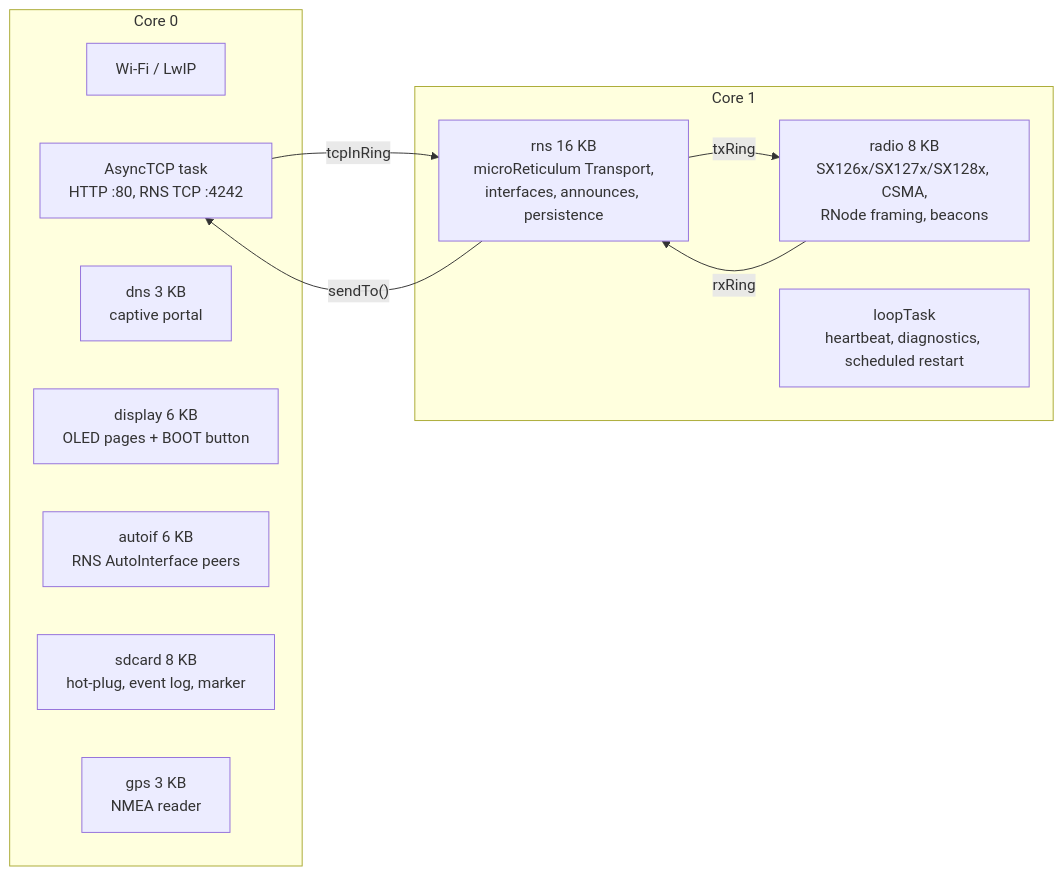
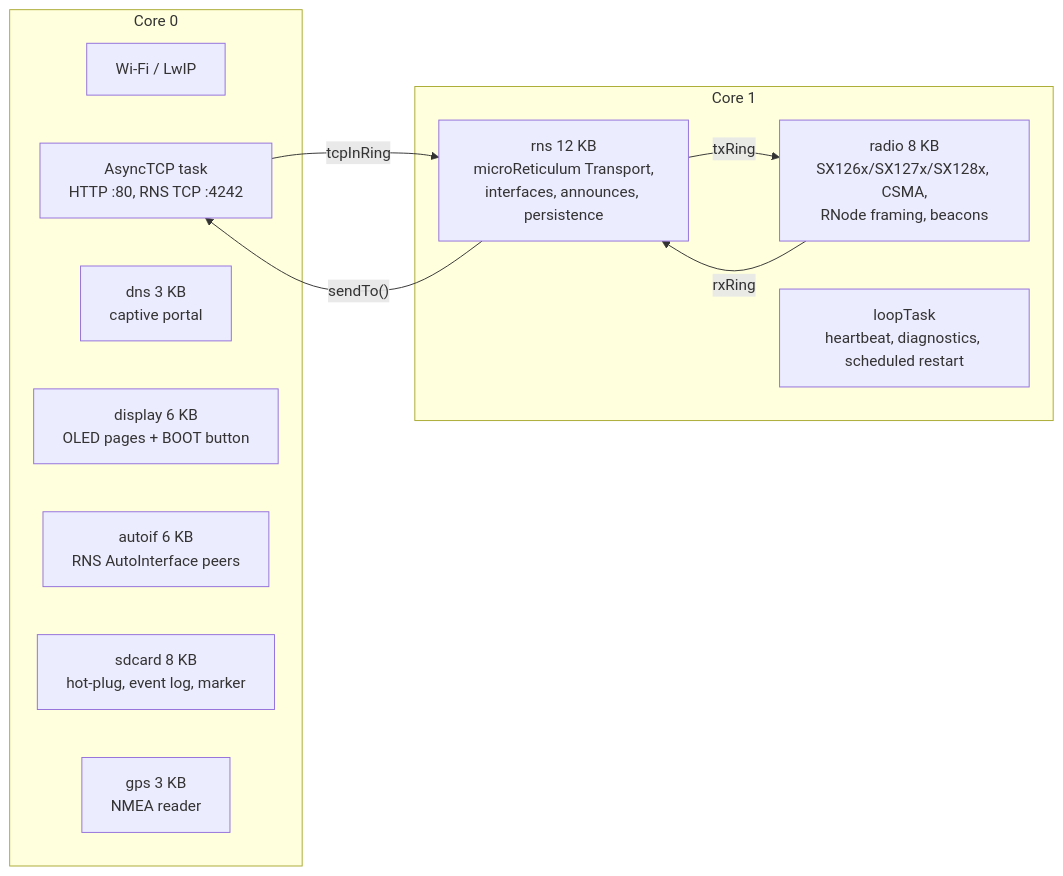
The first of 2 diagrams in docs/architecture.md (dobrevit/RetiMesh_Node), drawn with Mermaid before and after one commit. The commit also changed 6 other files, not shown here.

````diff
--- a/docs/architecture.md
+++ b/docs/architecture.md
@@ -13,21 +13,21 @@
 ```mermaid
 flowchart LR
   subgraph core0[Core 0]
     WIFI[Wi-Fi / LwIP]
     ATCP[AsyncTCP task<br/>HTTP :80, RNS TCP :4242]
     DNS[dns 3 KB<br/>captive portal]
     DISP[display 6 KB<br/>OLED pages + BOOT button]
     AUTO[autoif 6 KB<br/>RNS AutoInterface peers]
     SD[sdcard 8 KB<br/>hot-plug, event log, marker]
     GPS[gps 3 KB<br/>NMEA reader]
   end
   subgraph core1[Core 1]
     RADIO[radio 8 KB<br/>SX126x/SX127x/SX128x, CSMA,<br/>RNode framing, beacons]
-    RNS[rns 16 KB<br/>microReticulum Transport,<br/>interfaces, announces, persistence]
+    RNS[rns 12 KB<br/>microReticulum Transport,<br/>interfaces, announces, persistence]
     LOOP[loopTask<br/>heartbeat, diagnostics, scheduled restart]
   end
   ATCP -- tcpInRing --> RNS
   RNS -- sendTo() --> ATCP
   RADIO -- rxRing --> RNS
   RNS -- txRing --> RADIO
 ```
````
